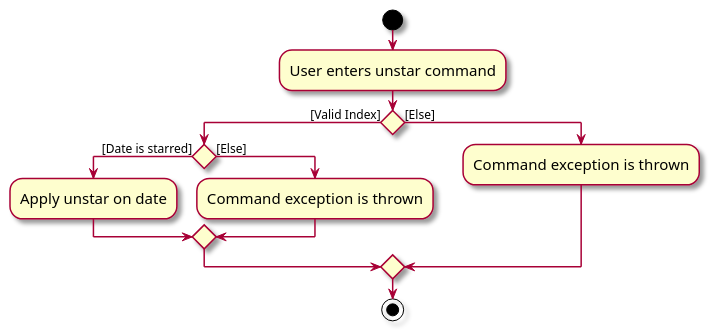
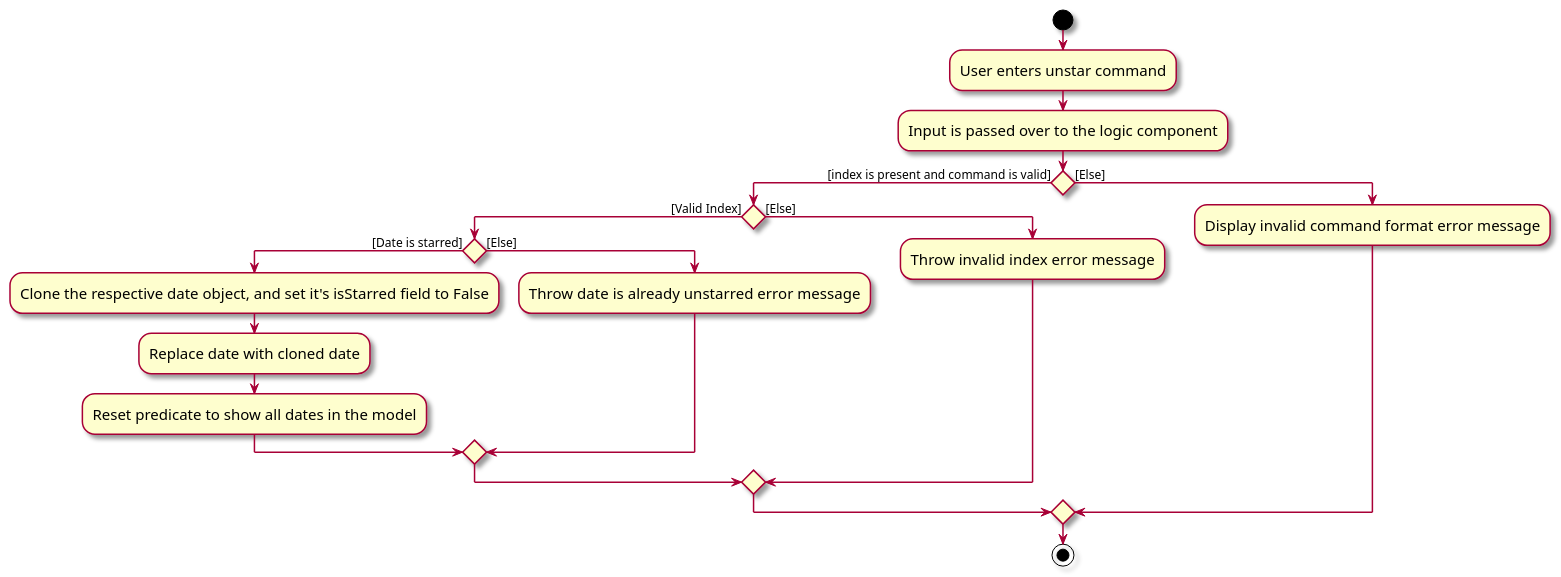
Before and after one commit to AY2324S1-CS2103T-F10-2/tp: the diagram in diagrams/UnstarActivity.puml, drawn with PlantUML. The commit also changed 39 other files, not shown here.

```diff
--- a/diagrams/UnstarActivity.puml
+++ b/diagrams/UnstarActivity.puml
@@ -2,20 +1,29 @@
 @startuml
 skin rose
 skinparam ActivityFontSize 15
 skinparam ArrowFontSize 12
 
 start
 :User enters unstar command;
 
-if () then ([Valid Index])
-    if () then ([Date is starred])
-        :Apply unstar on date;
+:Input is passed over to the logic component;
+if () then ([index is present and command is valid])
+    if () then ([Valid Index])
+        if () then ([Date is starred])
+            :Clone the respective date object, and set it's isStarred field to False;
+
+            :Replace date with cloned date;
+
+            :Reset predicate to show all dates in the model;
+        else ([Else])
+            :Throw date is already unstarred error message;
+        endif
     else ([Else])
-        :Command exception is thrown;
+        :Throw invalid index error message;
     endif
 else ([Else])
-    :Command exception is thrown;
+    :Display invalid command format error message;
 endif
 
 stop
 @enduml
```
